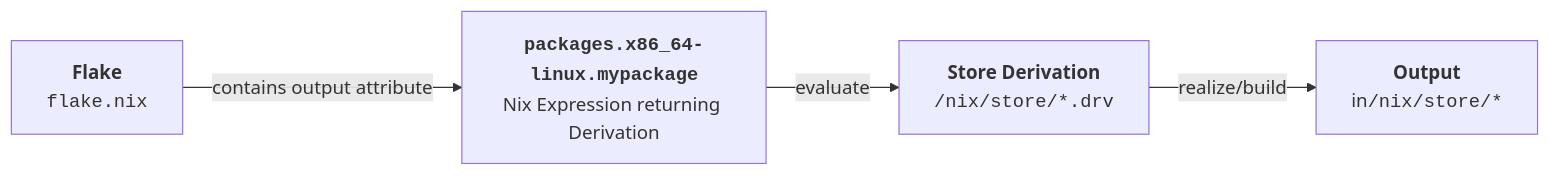
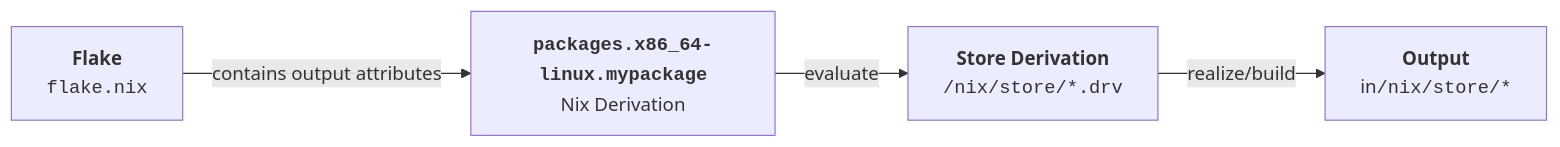
Before and after one commit to sdsc-ordes/technical-presentation: the diagram in src/presentations/part-1/includes/intro.md, drawn with Mermaid. The commit also changed other lines of this file and 1 other file, not shown here.

````diff
--- a/src/presentations/part-1/includes/intro.md
+++ b/src/presentations/part-1/includes/intro.md
@@ -1042,6 +956,6 @@
 ```mermaid
 flowchart LR
-    A["<strong>Flake</strong><br><code>flake.nix</code>"] -->|"contains output attribute"| B["<strong><code>packages.x86_64-linux.mypackage</code></strong><br>Nix Expression returning Derivation"]
+    A["<strong>Flake</strong><br><code>flake.nix</code>"] -->|"contains output attributes"| B["<strong><code>packages.x86_64-linux.mypackage</code></strong><br>Nix Derivation"]
     B -->|"evaluate"| C["<strong>Store Derivation</strong><br><code>/nix/store/*.drv</code>"]
     C -->|"realize/build"| D["<strong>Output</strong><br>in<code>/nix/store/*</code>"]
 ```
````
